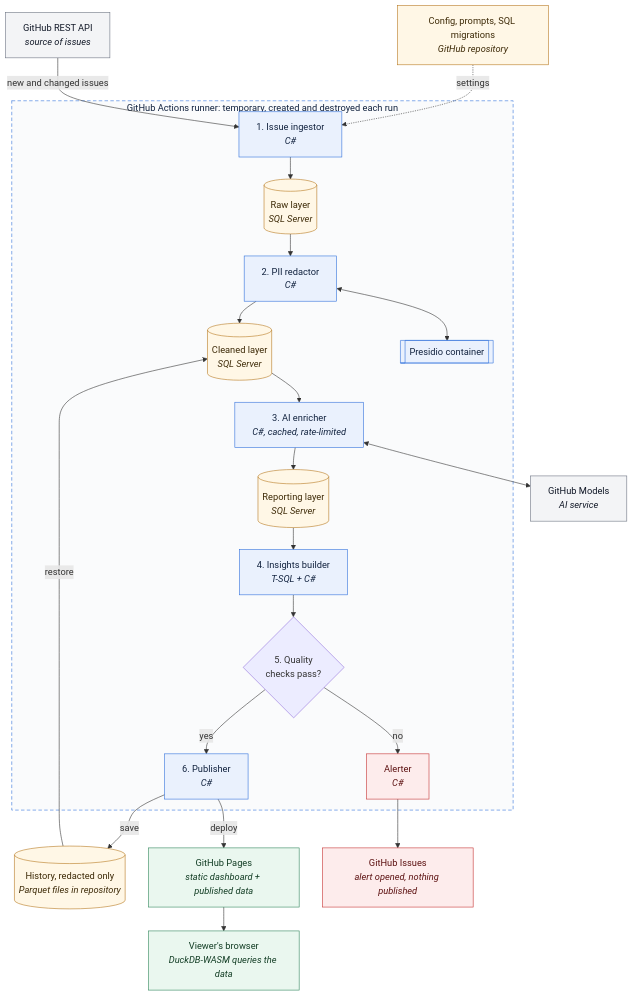
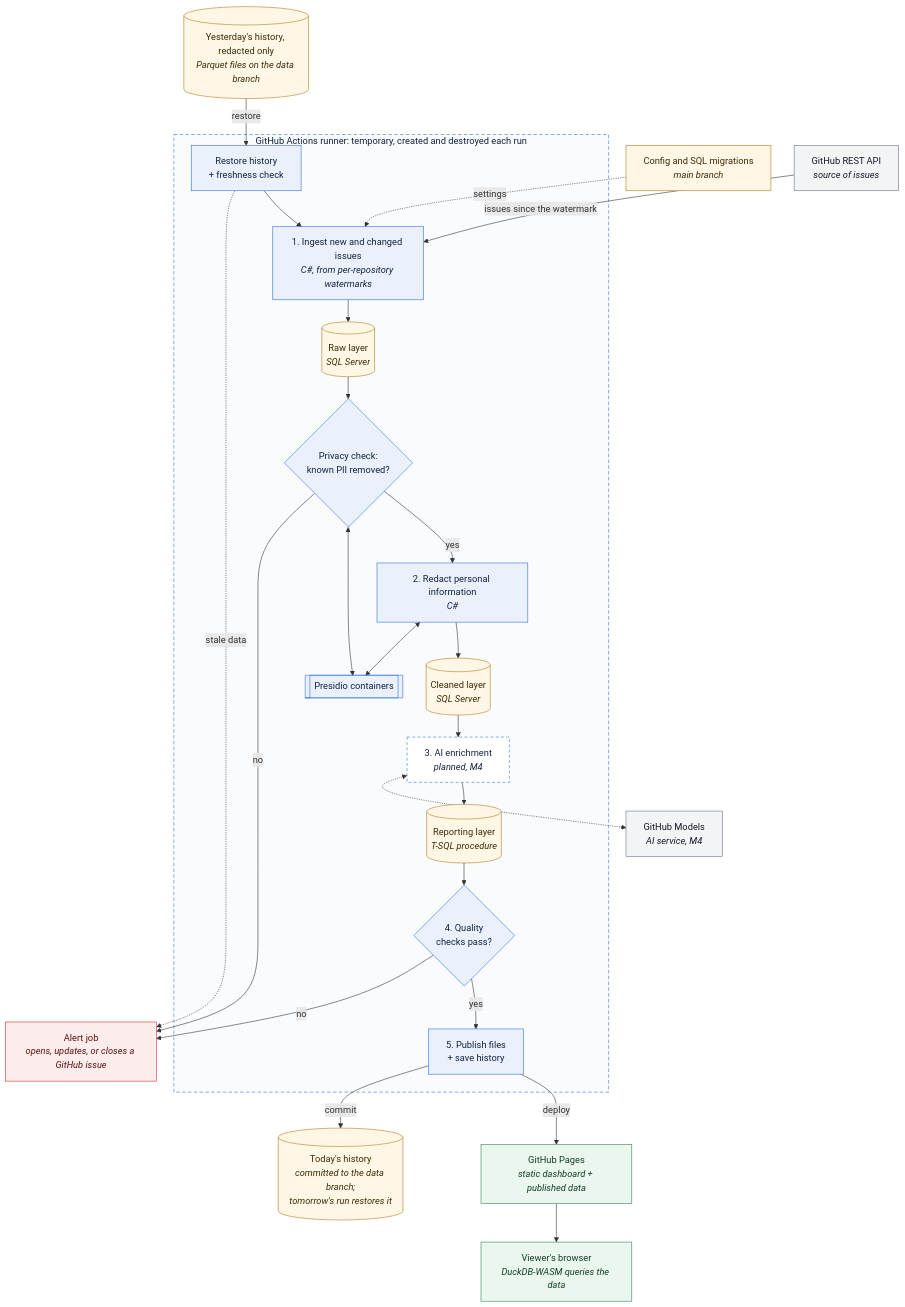
One commit to benjammin-dev/feedback-intelligence changed the diagram in docs/diagrams/architecture.mmd. Above: the diagram before and after it, drawn with Mermaid. The commit also changed 11 other files, not shown here.

Commit message:
docs: complete M3 (test strategy, redrawn diagrams, plan actuals, A5 and risk review) (#45)

```diff
--- a/docs/diagrams/architecture.mmd
+++ b/docs/diagrams/architecture.mmd
@@ -1,53 +1,60 @@
 ---
 config:
   flowchart:
     curve: basis
     nodeSpacing: 40
     rankSpacing: 38
 ---
 flowchart TB
-    CFG["Config, prompts, SQL migrations<br/><i>GitHub repository</i>"]
-    HIST[("History, redacted only<br/><i>Parquet files in repository</i>")]
+    CFG["Config and SQL migrations<br/><i>main branch</i>"]
+    HIST[("Yesterday's history, redacted only<br/><i>Parquet files on the data branch</i>")]
     API["GitHub REST API<br/><i>source of issues</i>"]
 
     subgraph RUNNER["GitHub Actions runner: temporary, created and destroyed each run"]
-        ING["1. Issue ingestor<br/><i>C#</i>"]
+        RST["Restore history<br/>+ freshness check"]
+        ING["1. Ingest new and changed issues<br/><i>C#, from per-repository watermarks</i>"]
         RAW[("Raw layer<br/><i>SQL Server</i>")]
-        RED["2. PII redactor<br/><i>C#</i>"]
+        PCK{"Privacy check:<br/>known PII removed?"}
+        RED["2. Redact personal information<br/><i>C#</i>"]
         CLN[("Cleaned layer<br/><i>SQL Server</i>")]
-        ENR["3. AI enricher<br/><i>C#, cached, rate-limited</i>"]
-        RPT[("Reporting layer<br/><i>SQL Server</i>")]
-        INS["4. Insights builder<br/><i>T-SQL + C#</i>"]
-        QC{"5. Quality<br/>checks pass?"}
-        PUB["6. Publisher<br/><i>C#</i>"]
-        ALR["Alerter<br/><i>C#</i>"]
-        PRES[["Presidio container"]]
+        ENR["3. AI enrichment<br/><i>planned, M4</i>"]
+        RPT[("Reporting layer<br/><i>T-SQL procedure</i>")]
+        QC{"4. Quality<br/>checks pass?"}
+        PUB["5. Publish files<br/>+ save history"]
+        PRES[["Presidio containers"]]
     end
 
-    MODELS["GitHub Models<br/><i>AI service</i>"]
+    MODELS["GitHub Models<br/><i>AI service, M4</i>"]
+    HIST2[("Today's history<br/><i>committed to the data branch;<br/>tomorrow's run restores it</i>")]
     SITE["GitHub Pages<br/><i>static dashboard + published data</i>"]
     BROWSER["Viewer's browser<br/><i>DuckDB-WASM queries the data</i>"]
-    ISSUES["GitHub Issues<br/><i>alert opened, nothing published</i>"]
+    ALERT["Alert job<br/><i>opens, updates, or closes a GitHub issue</i>"]
 
     CFG -. settings .-> ING
-    HIST -- restore --> CLN
-    API -- new and changed issues --> ING
-    ING --> RAW --> RED --> CLN --> ENR --> RPT --> INS --> QC
+    HIST -- restore --> RST --> ING
+    API -- issues since the watermark --> ING
+    ING --> RAW --> PCK
+    PCK -- yes --> RED --> CLN --> ENR --> RPT --> QC
     RED <--> PRES
-    ENR <--> MODELS
+    PCK <--> PRES
+    ENR <-.-> MODELS
     QC -- yes --> PUB
-    QC -- no --> ALR --> ISSUES
     PUB -- deploy --> SITE --> BROWSER
-    PUB -- save --> HIST
+    PUB -- commit --> HIST2
+    PCK -- no --> ALERT
+    QC -- no --> ALERT
+    RST -. stale data .-> ALERT
 
     classDef step fill:#eaf1fd,stroke:#2f6fdb,color:#12233f
+    classDef planned fill:#ffffff,stroke:#2f6fdb,stroke-dasharray:5 4,color:#12233f
     classDef store fill:#fff7e6,stroke:#b7791f,color:#3d2a07
     classDef ext fill:#f3f4f6,stroke:#6b7280,color:#111827
     classDef out fill:#eaf7ef,stroke:#2f855a,color:#123d24
     classDef bad fill:#fdecec,stroke:#c53030,color:#5c1111
-    class ING,RED,ENR,INS,PUB,PRES step
-    class RAW,CLN,RPT,HIST,CFG store
+    class RST,ING,RED,PUB,PRES,PCK,QC step
+    class ENR planned
+    class RAW,CLN,RPT,HIST,HIST2,CFG store
     class API,MODELS ext
     class SITE,BROWSER out
-    class ALR,ISSUES bad
+    class ALERT bad
     style RUNNER fill:#fafbfc,stroke:#2f6fdb,stroke-dasharray:6 4,color:#12233f
```
